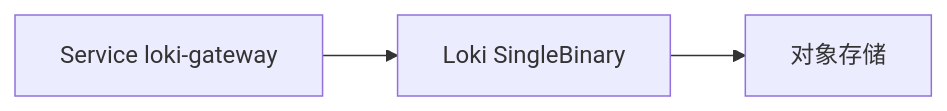
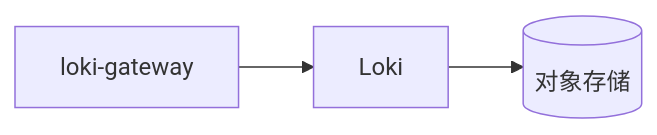
One commit to brinnatt/kubeauto changed diagram 37 of 43 in docs/efk/EFK.md. Above: the diagram before and after it, drawn with Mermaid. The commit also changed other lines of this file, not shown here.

````diff
--- a/docs/efk/EFK.md
+++ b/docs/efk/EFK.md
@@ -2347,8 +2346,4 @@
 ```mermaid
 flowchart LR
-  GW["Service loki-gateway"]
-  SB["Loki SingleBinary"]
-  OB["对象存储"]
-  GW --> SB
-  SB --> OB
+  GW[loki-gateway] --> SB[Loki] --> S3[(对象存储)]
 ```
````
